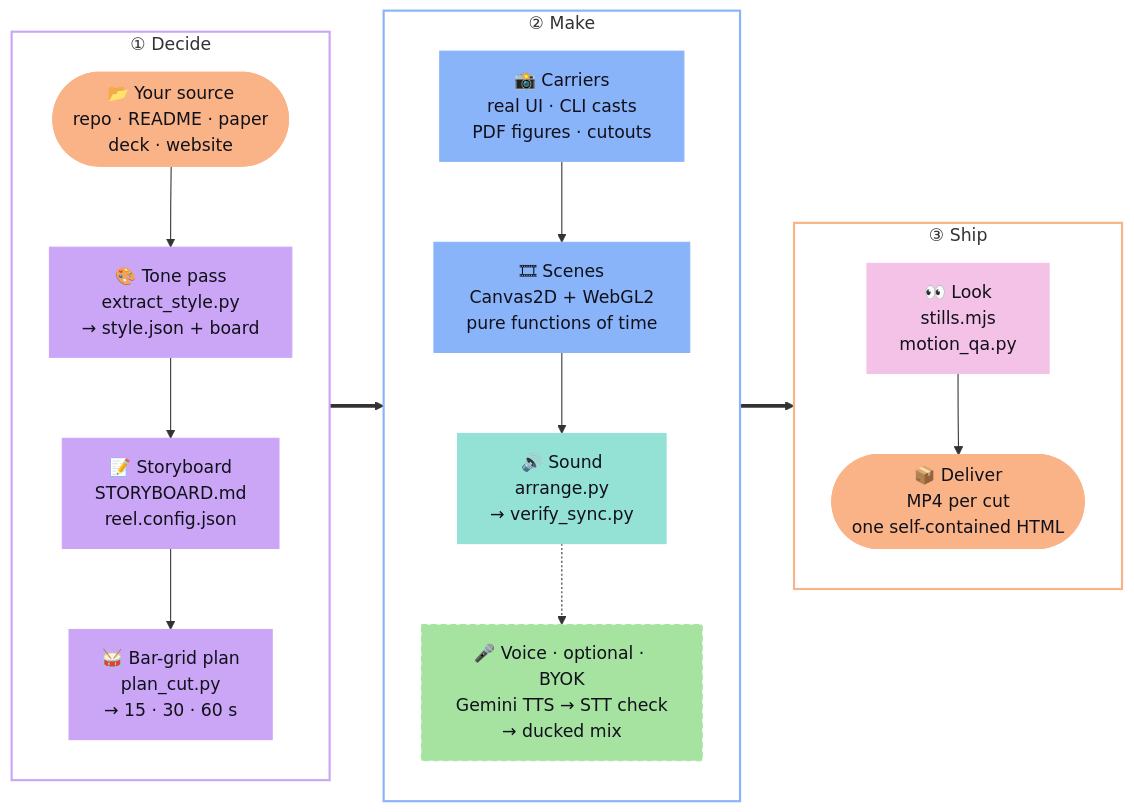
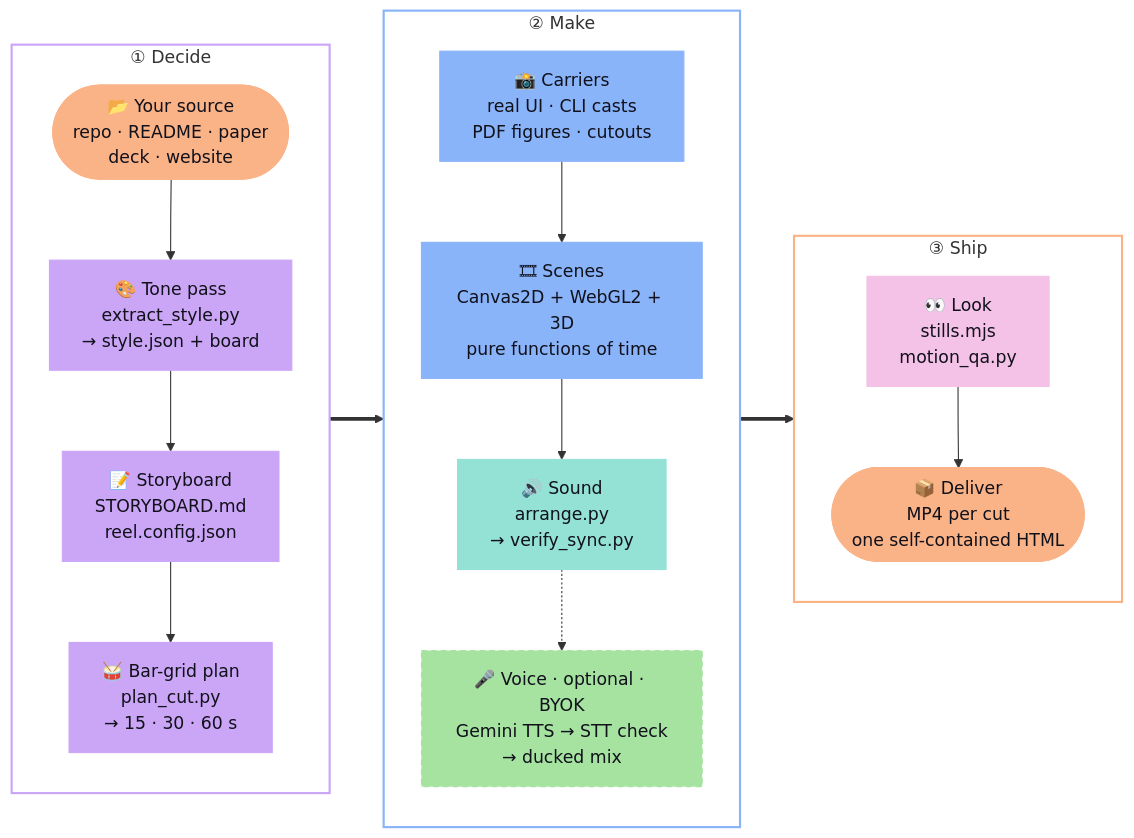
The diagram in README.ko.md (awesomezun/awesome-showreels), drawn with Mermaid before and after one commit. The commit also changed other lines of this file and 6 other files, not shown here.

````diff
--- a/README.ko.md
+++ b/README.ko.md
@@ -813,37 +825,37 @@
 ```mermaid
 flowchart LR
     subgraph decide ["① Decide"]
         direction TB
         src(["📂 Your source<br/>repo · README · paper<br/>deck · website"]):::io
         tone["🎨 Tone pass<br/>extract_style.py<br/>→ style.json + board"]:::decide
         story["📝 Storyboard<br/>STORYBOARD.md<br/>reel.config.json"]:::decide
         plan["🥁 Bar-grid plan<br/>plan_cut.py<br/>→ 15 · 30 · 60 s"]:::decide
         src --> tone --> story --> plan
     end
     subgraph make ["② Make"]
         direction TB
         car["📸 Carriers<br/>real UI · CLI casts<br/>PDF figures · cutouts"]:::make
-        scn["🎞 Scenes<br/>Canvas2D + WebGL2<br/>pure functions of time"]:::make
+        scn["🎞 Scenes<br/>Canvas2D + WebGL2 + 3D<br/>pure functions of time"]:::make
         snd["🔊 Sound<br/>arrange.py<br/>→ verify_sync.py"]:::sound
         vo["🎤 Voice · optional · BYOK<br/>Gemini TTS → STT check<br/>→ ducked mix"]:::opt
         car --> scn --> snd -.-> vo
     end
     subgraph ship ["③ Ship"]
         direction TB
         look["👀 Look<br/>stills.mjs<br/>motion_qa.py"]:::check
         out(["📦 Deliver<br/>MP4 per cut<br/>one self-contained HTML"]):::io
         look --> out
     end
     decide ==> make ==> ship
 
     style decide fill:none,stroke:#cba6f7,stroke-width:2px
     style make fill:none,stroke:#89b4fa,stroke-width:2px
     style ship fill:none,stroke:#fab387,stroke-width:2px
 
     classDef io fill:#fab387,stroke:#fab387,color:#11111b
     classDef decide fill:#cba6f7,stroke:#cba6f7,color:#11111b
     classDef make fill:#89b4fa,stroke:#89b4fa,color:#11111b
     classDef sound fill:#94e2d5,stroke:#94e2d5,color:#11111b
     classDef opt fill:#a6e3a1,stroke:#a6e3a1,color:#11111b,stroke-dasharray:5 4
     classDef check fill:#f5c2e7,stroke:#f5c2e7,color:#11111b
 ```
````
